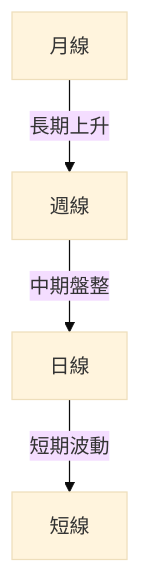
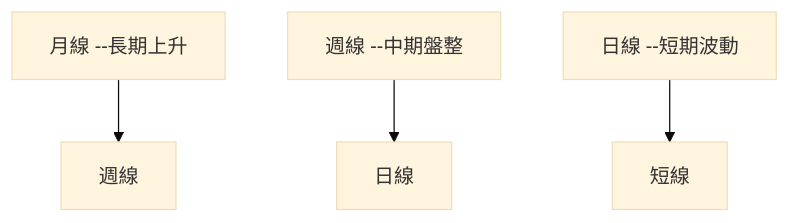
The second of 9 diagrams in ai_gen_report/stock/0050/technical_analysis_2026-04-28_openai.md (yennanliu/finance_data), drawn with Mermaid (base theme) before and after one commit. The commit also changed other lines of this file and 2258 other files, not shown here.

First line of the commit message:
chore: backfill Mermaid syntax repair across existing reports

````diff
--- a/ai_gen_report/stock/0050/technical_analysis_2026-04-28_openai.md
+++ b/ai_gen_report/stock/0050/technical_analysis_2026-04-28_openai.md
@@ -89,6 +89,6 @@
 ```mermaid
 graph TD
-    月線 --長期上升--> 週線
-    週線 --中期盤整--> 日線
-    日線 --短期波動--> 短線
+    nb1["月線 --長期上升"] --> 週線
+    nb2["週線 --中期盤整"] --> 日線
+    nb3["日線 --短期波動"] --> 短線
 ```
````
